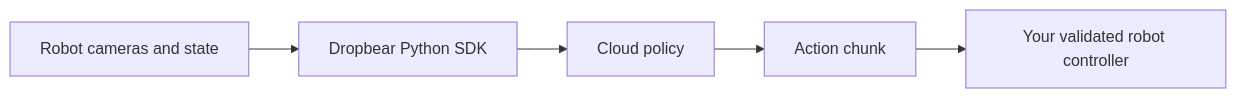
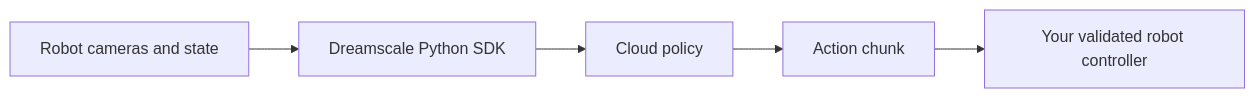
The diagram in index.mdx (Dreamscale-Labs/docs), drawn with Mermaid before and after one commit. The commit also changed other lines of this file and 22 other files, not shown here.

````diff
--- a/index.mdx
+++ b/index.mdx
@@ -12,7 +12,7 @@
 ```mermaid
 flowchart LR
-  A["Robot cameras and state"] --> B["Dropbear Python SDK"]
+  A["Robot cameras and state"] --> B["Dreamscale Python SDK"]
   B --> C["Cloud policy"]
   C --> D["Action chunk"]
   D --> E["Your validated robot controller"]
 ```
````
